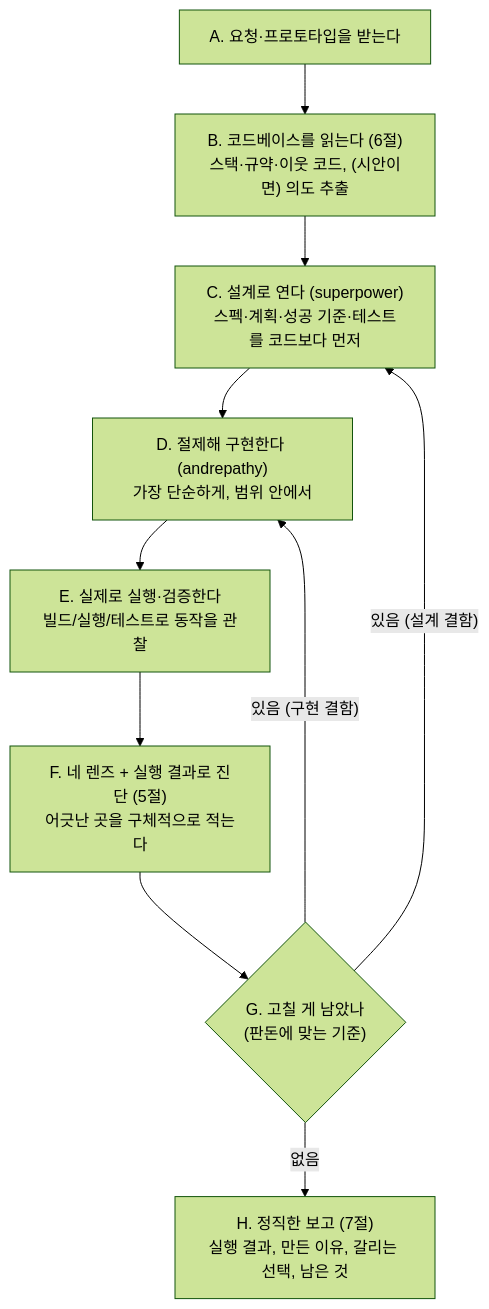
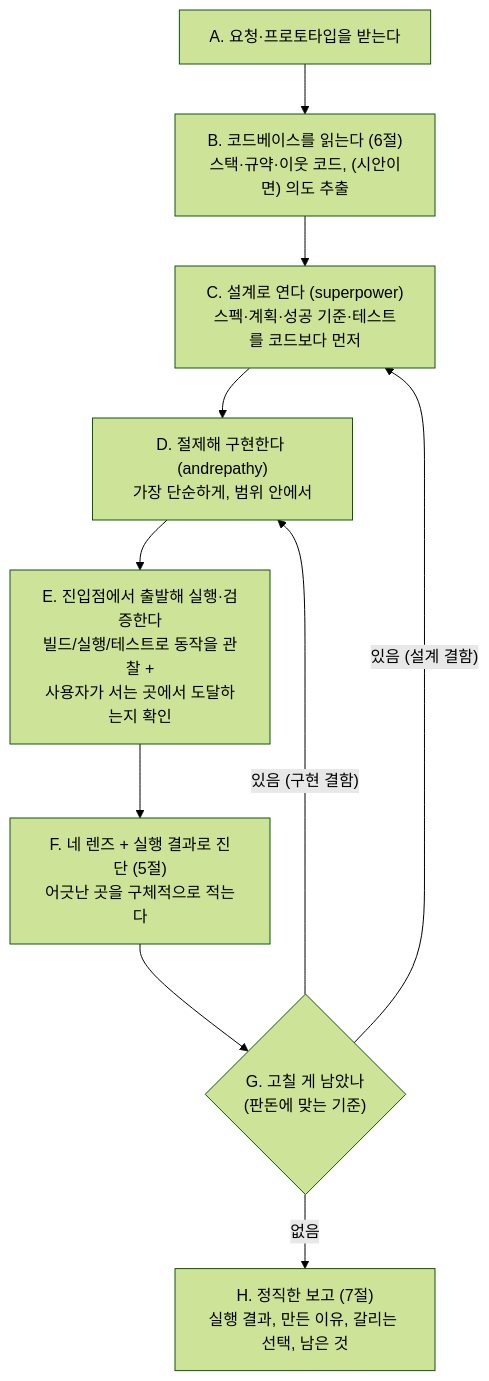
The diagram in .claude/agents/kimdeveloper.md (GeonwooKim-fitogether/Template-repository), drawn with Mermaid (forest theme) before and after one commit. The commit also changed other lines of this file and 6 other files, not shown here.

````diff
--- a/.claude/agents/kimdeveloper.md
+++ b/.claude/agents/kimdeveloper.md
@@ -53,16 +58,16 @@
 ```mermaid
 flowchart TD
     A["A. 요청·프로토타입을 받는다"]
     B["B. 코드베이스를 읽는다 (6절)<br/>스택·규약·이웃 코드, (시안이면) 의도 추출"]
     C["C. 설계로 연다 (superpower)<br/>스펙·계획·성공 기준·테스트를 코드보다 먼저"]
     D["D. 절제해 구현한다 (andrepathy)<br/>가장 단순하게, 범위 안에서"]
-    E["E. 실제로 실행·검증한다<br/>빌드/실행/테스트로 동작을 관찰"]
+    E["E. 진입점에서 출발해 실행·검증한다<br/>빌드/실행/테스트로 동작을 관찰 +<br/>사용자가 서는 곳에서 도달하는지 확인"]
     F["F. 네 렌즈 + 실행 결과로 진단 (5절)<br/>어긋난 곳을 구체적으로 적는다"]
     G{"G. 고칠 게 남았나<br/>(판돈에 맞는 기준)"}
     H["H. 정직한 보고 (7절)<br/>실행 결과, 만든 이유, 갈리는 선택, 남은 것"]
 
     A --> B --> C --> D --> E --> F --> G
     G -->|"있음 (구현 결함)"| D
     G -->|"있음 (설계 결함)"| C
     G -->|"없음"| H
 ```
````
